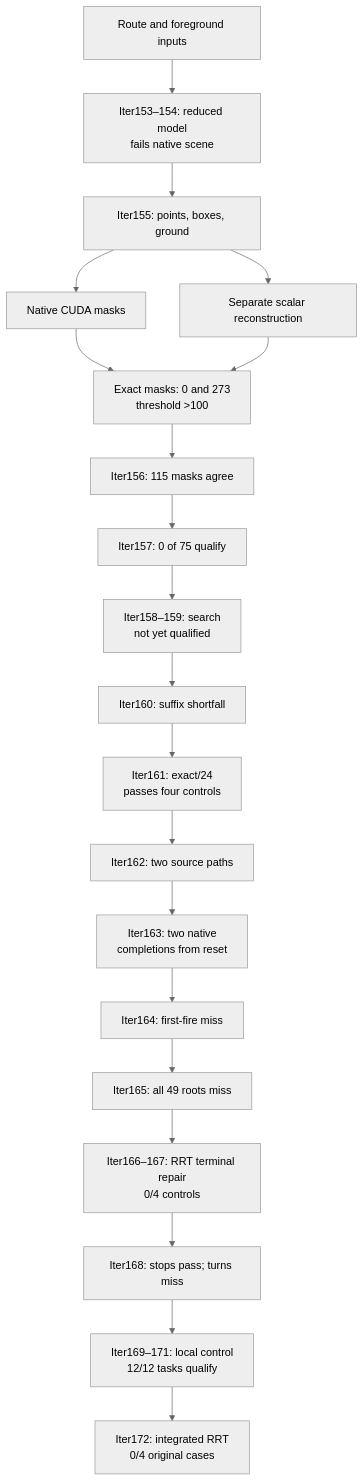
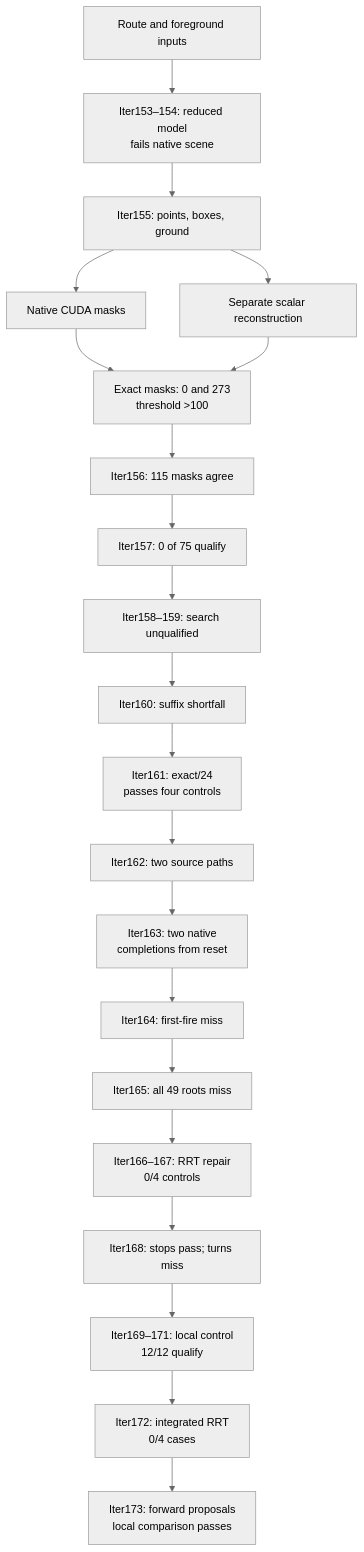
Before and after one commit to manfromnowhere143/sentinel: the fourth of 4 diagrams in docs/ARCHITECTURE.md, drawn with Mermaid (neutral theme). The commit also changed other lines of this file and 15 other files, not shown here.

````diff
--- a/docs/ARCHITECTURE.md
+++ b/docs/ARCHITECTURE.md
@@ -209,24 +209,25 @@
 ```mermaid
 flowchart TB
   accTitle: From full-scene constraints to planner qualification
   accDescr: Complete reset paths do not establish first-fire recovery.
   G["Route and foreground inputs"] --> M["Iter153–154: reduced model<br/>fails native scene"]
   M --> X["Iter155: points, boxes, ground"]
   X --> C["Native CUDA masks"]
   X --> S["Separate scalar reconstruction"]
   C --> E["Exact masks: 0 and 273<br/>threshold >100"]
   S --> E
   E --> F["Iter156: 115 masks agree"]
   F --> L["Iter157: 0 of 75 qualify"]
-  L --> A["Iter158–159: search<br/>not yet qualified"]
+  L --> A["Iter158–159: search unqualified"]
   A --> K["Iter160: suffix shortfall"]
   K --> Z["Iter161: exact/24<br/>passes four controls"]
   Z --> Y["Iter162: two source paths"]
   Y --> V["Iter163: two native<br/>completions from reset"]
   V --> B["Iter164: first-fire miss"]
   B --> D["Iter165: all 49 roots miss"]
-  D --> R["Iter166–167: RRT terminal repair<br/>0/4 controls"]
+  D --> R["Iter166–167: RRT repair<br/>0/4 controls"]
   R --> J["Iter168: stops pass; turns miss"]
-  J --> H["Iter169–171: local control<br/>12/12 tasks qualify"]
-  H --> I["Iter172: integrated RRT<br/>0/4 original cases"]
+  J --> H["Iter169–171: local control<br/>12/12 qualify"]
+  H --> I["Iter172: integrated RRT<br/>0/4 cases"]
+  I --> O["Iter173: forward proposals<br/>local comparison passes"]
 ```
````
